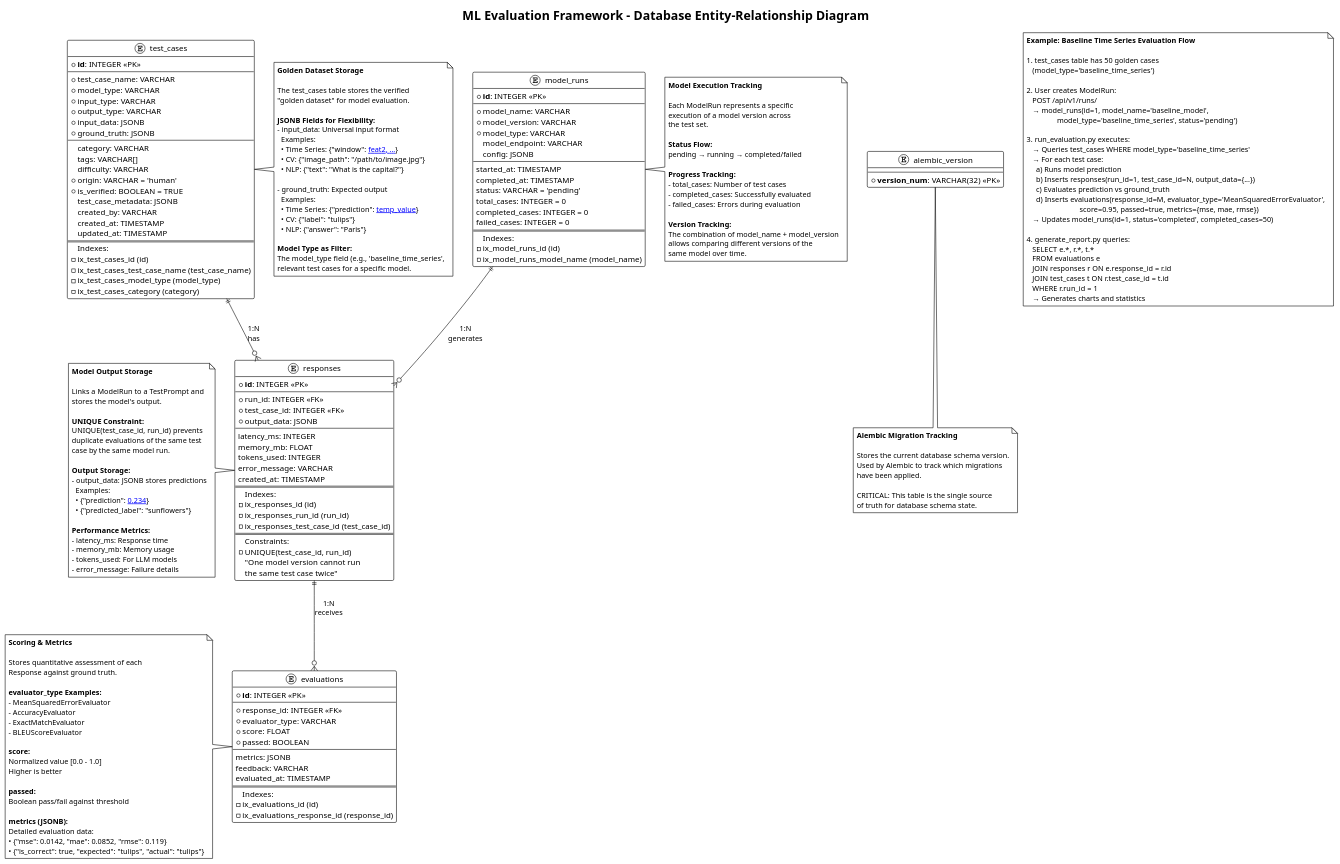
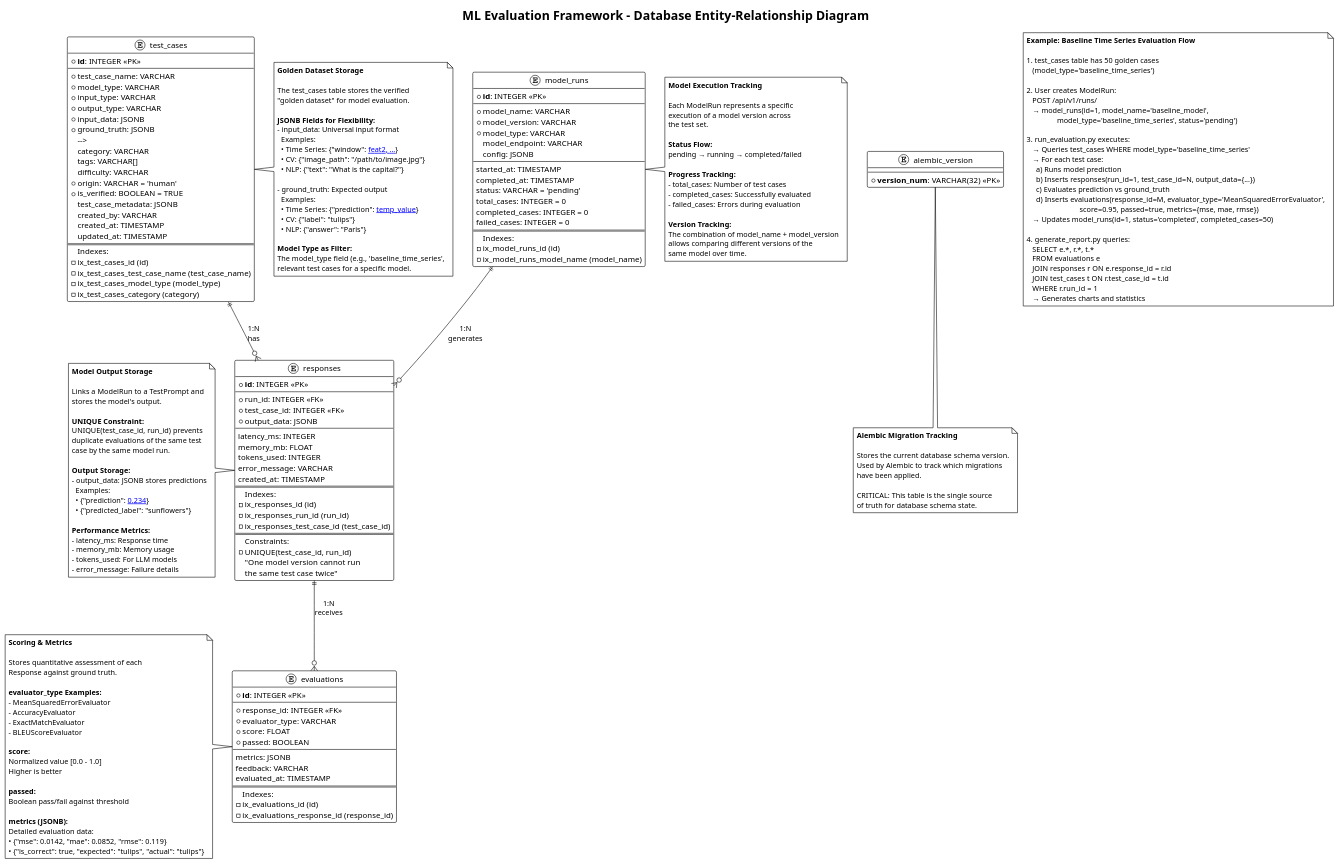
The diagram in docs/uml/database_er_diagram.puml (joelcrouch/ml-evaluation-framework), drawn with PlantUML before and after one commit. The commit also changed 8 other files, not shown here.

Commit message:
fixed warnigs on test, added some diagrams, add  a directoyr(ml_eval/test_suite) -not testing SuiteManager class - Loads and validates ML test cases (golden datasets)   - Validators - Validates input/output data formats   - ValidationReport - Reports validation results

```diff
--- a/docs/uml/database_er_diagram.puml
+++ b/docs/uml/database_er_diagram.puml
@@ -12,7 +12,7 @@
   * output_type: VARCHAR
   * input_data: JSONB
   * ground_truth: JSONB
-  --
+  -->
   category: VARCHAR
   tags: VARCHAR[]
   difficulty: VARCHAR
```
